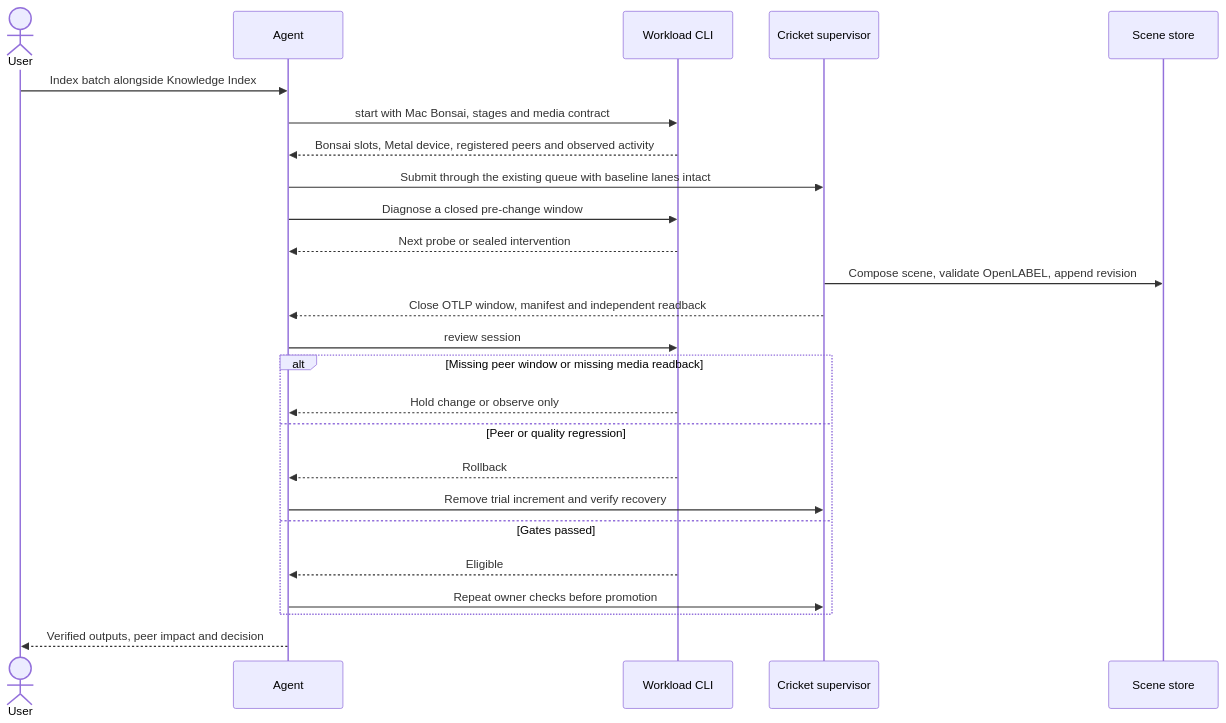
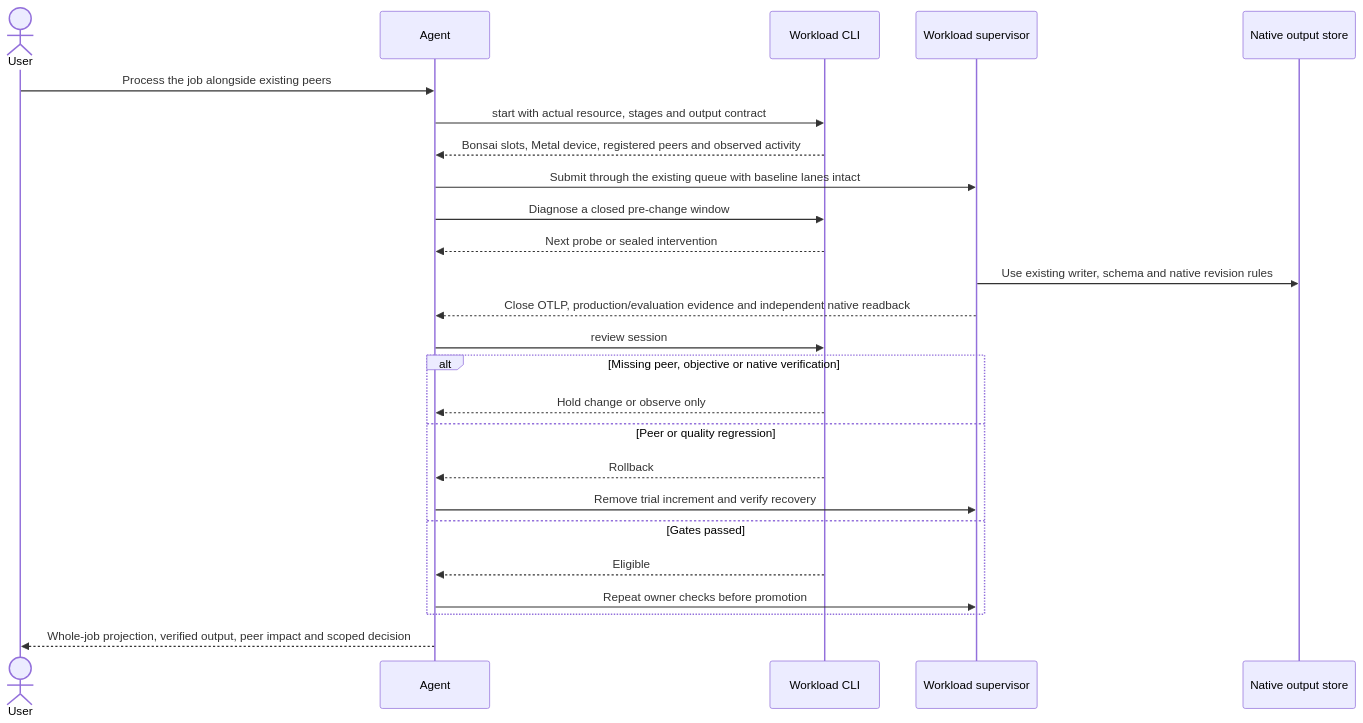
One commit to homeiac/home changed the diagram in docs/guides/shared-workload-agent.md. Above: the diagram before and after it, drawn with Mermaid. The commit also changed other lines of this file and 8 other files, not shown here.

````diff
--- a/docs/guides/shared-workload-agent.md
+++ b/docs/guides/shared-workload-agent.md
@@ -5,27 +5,27 @@
 ```mermaid
 sequenceDiagram
     actor User
     participant Agent
     participant CLI as Workload CLI
-    participant Owner as Cricket supervisor
-    participant DB as Scene store
-    User->>Agent: Index batch alongside Knowledge Index
-    Agent->>CLI: start with Mac Bonsai, stages and media contract
+    participant Owner as Workload supervisor
+    participant DB as Native output store
+    User->>Agent: Process the job alongside existing peers
+    Agent->>CLI: start with actual resource, stages and output contract
     CLI-->>Agent: Bonsai slots, Metal device, registered peers and observed activity
     Agent->>Owner: Submit through the existing queue with baseline lanes intact
     Agent->>CLI: Diagnose a closed pre-change window
     CLI-->>Agent: Next probe or sealed intervention
-    Owner->>DB: Compose scene, validate OpenLABEL, append revision
-    Owner-->>Agent: Close OTLP window, manifest and independent readback
+    Owner->>DB: Use existing writer, schema and native revision rules
+    Owner-->>Agent: Close OTLP, production/evaluation evidence and independent native readback
     Agent->>CLI: review session
-    alt Missing peer window or missing media readback
+    alt Missing peer, objective or native verification
         CLI-->>Agent: Hold change or observe only
     else Peer or quality regression
         CLI-->>Agent: Rollback
         Agent->>Owner: Remove trial increment and verify recovery
     else Gates passed
         CLI-->>Agent: Eligible
         Agent->>Owner: Repeat owner checks before promotion
     end
-    Agent-->>User: Verified outputs, peer impact and decision
+    Agent-->>User: Whole-job projection, verified output, peer impact and scoped decision
 ```
````
